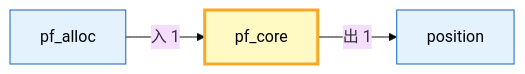
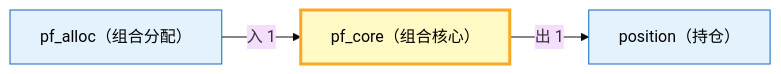
The second of 2 diagrams in docs/02_enterprise_architecture/06_decision_architecture/17_decision_l3_pf_core.md (xuanFelixVan/ZephyrAlpha), drawn with Mermaid (base theme) before and after one commit. The commit also changed other lines of this file and 22 other files, not shown here.

First line of the commit message:
docs(decision_arch): 双语标题+跨域图+索引表头跳转链接

````diff
--- a/docs/02_enterprise_architecture/06_decision_architecture/17_decision_l3_pf_core.md
+++ b/docs/02_enterprise_architecture/06_decision_architecture/17_decision_l3_pf_core.md
@@ -130,11 +130,11 @@
 ```mermaid
 flowchart LR
-    SELF["pf_core"]:::selfDomain
-    EXT_position["position"]:::extDomain
+    SELF["pf_core（组合核心）"]:::selfDomain
+    EXT_position["position（持仓）"]:::extDomain
     SELF -->|出 1| EXT_position
-    EXT_pf_alloc["pf_alloc"]:::extDomain
+    EXT_pf_alloc["pf_alloc（组合分配）"]:::extDomain
     EXT_pf_alloc -->|入 1| SELF
 
     classDef selfDomain fill:#fff9c4,stroke:#f9a825,stroke-width:3px,color:#000
     classDef extDomain fill:#e3f2fd,stroke:#1565c0,stroke-width:1px,color:#000
 ```
````
